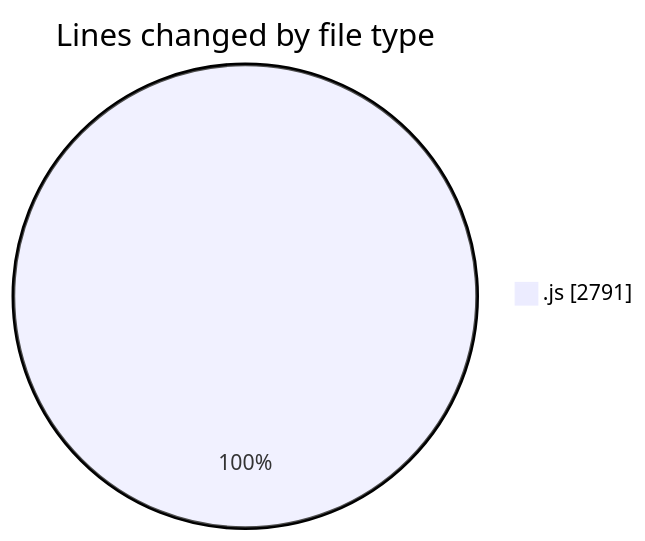
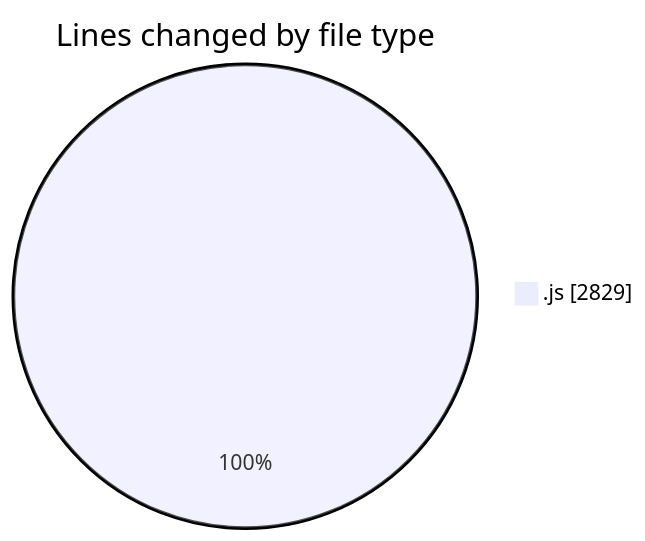
Before and after one commit to nxtqubesakshisongat/code-tracking: the first of 2 diagrams in 2025-09-03/nxtqube_webapp/README.md, drawn with Mermaid. The commit also changed other lines of this file and 1 other file, not shown here.

````diff
--- a/2025-09-03/nxtqube_webapp/README.md
+++ b/2025-09-03/nxtqube_webapp/README.md
@@ -20,5 +20,5 @@
 ```mermaid
 pie showData
 title Lines changed by file type
-".js" : 2791
+".js" : 2829
 ```
````
